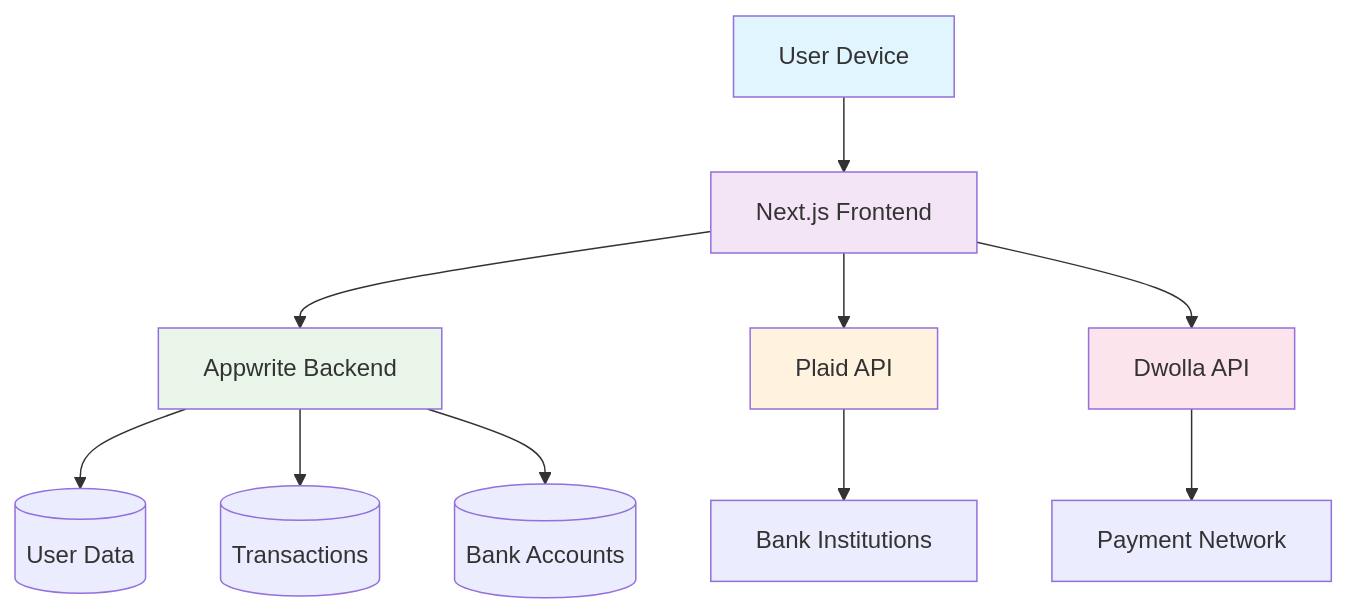
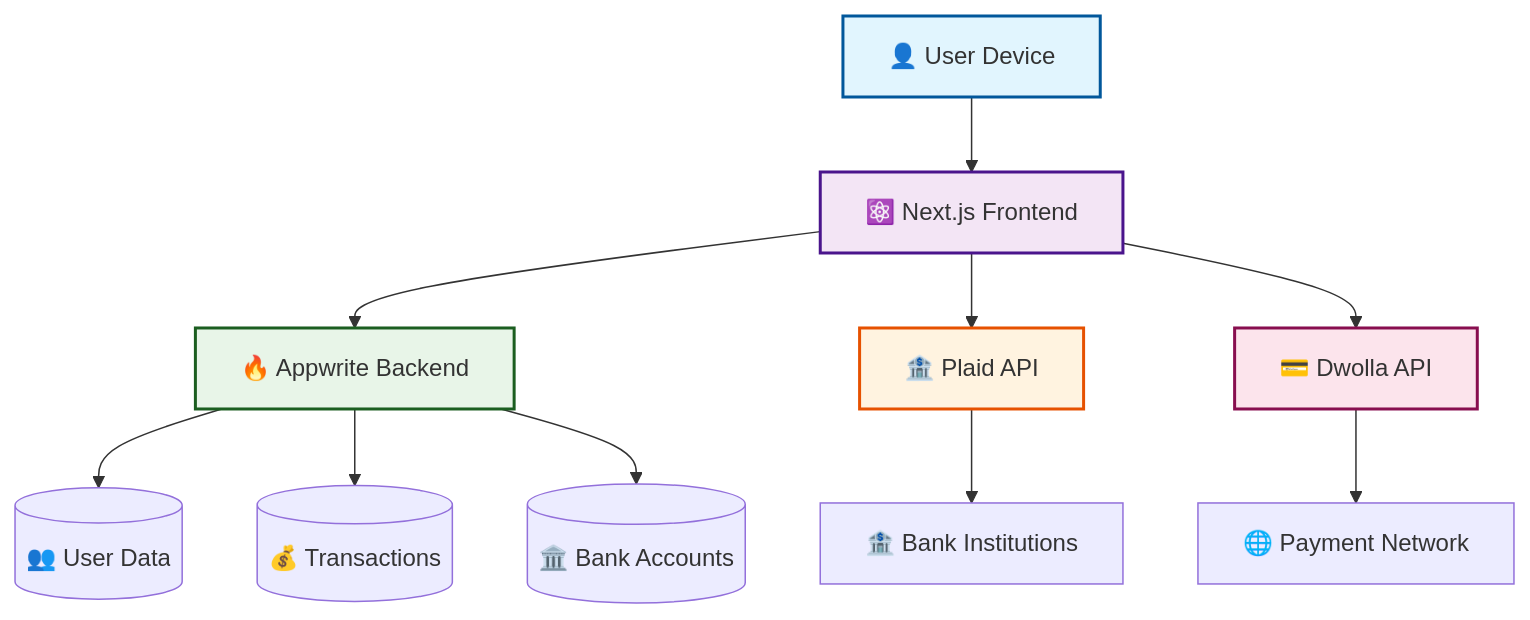
One commit to KeshanKaushalya/Banking_Web_App changed the first of 3 diagrams in README.md. Above: the diagram before and after it, drawn with Mermaid. The commit also changed other lines of this file, not shown here.

````diff
--- a/README.md
+++ b/README.md
@@ -53,20 +71,20 @@
 ```mermaid
 graph TB
-    A[User Device] --> B[Next.js Frontend]
-    B --> C[Appwrite Backend]
-    B --> D[Plaid API]
-    B --> E[Dwolla API]
+    A[👤 User Device] --> B[⚛️ Next.js Frontend]
+    B --> C[🔥 Appwrite Backend]
+    B --> D[🏦 Plaid API]
+    B --> E[💳 Dwolla API]
     
-    C --> F[(User Data)]
-    C --> G[(Transactions)]
-    C --> H[(Bank Accounts)]
+    C --> F[(👥 User Data)]
+    C --> G[(💰 Transactions)]
+    C --> H[(🏛️ Bank Accounts)]
     
-    D --> I[Bank Institutions]
-    E --> J[Payment Network]
+    D --> I[🏦 Bank Institutions]
+    E --> J[🌐 Payment Network]
     
-    style A fill:#e1f5fe
-    style B fill:#f3e5f5
-    style C fill:#e8f5e8
-    style D fill:#fff3e0
-    style E fill:#fce4ec
+    style A fill:#e1f5fe,stroke:#01579b,stroke-width:2px
+    style B fill:#f3e5f5,stroke:#4a148c,stroke-width:2px
+    style C fill:#e8f5e8,stroke:#1b5e20,stroke-width:2px
+    style D fill:#fff3e0,stroke:#e65100,stroke-width:2px
+    style E fill:#fce4ec,stroke:#880e4f,stroke-width:2px
 ```
````
